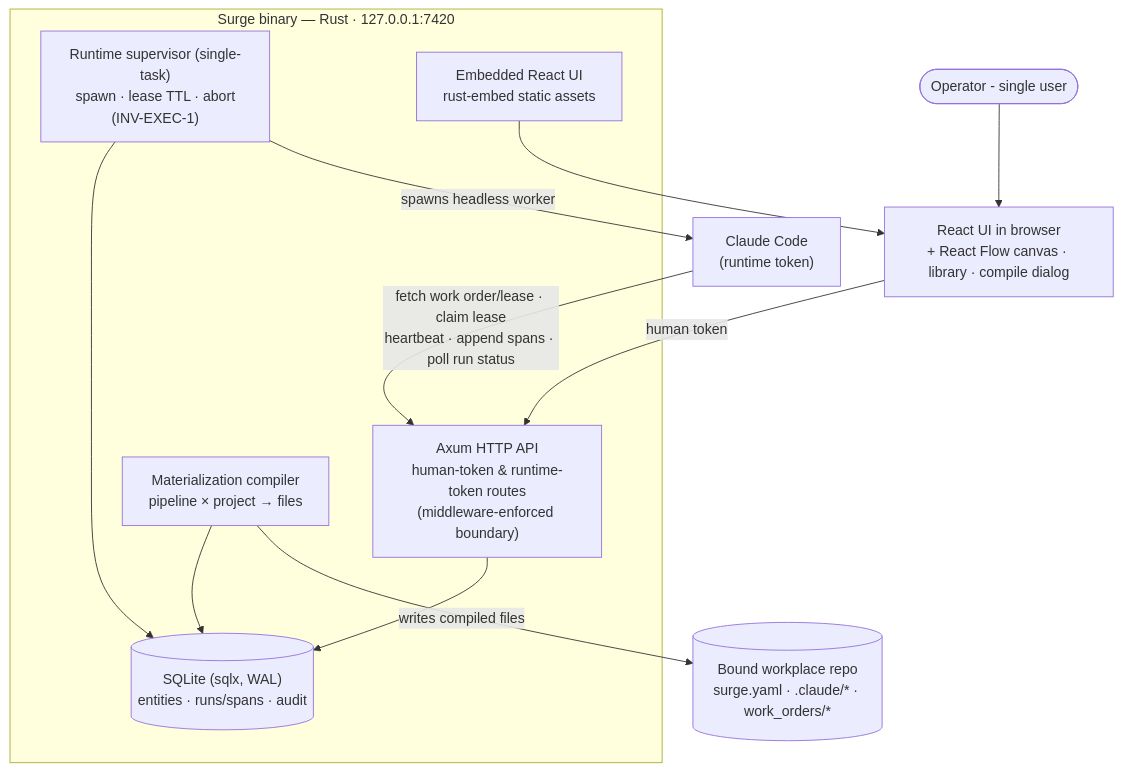
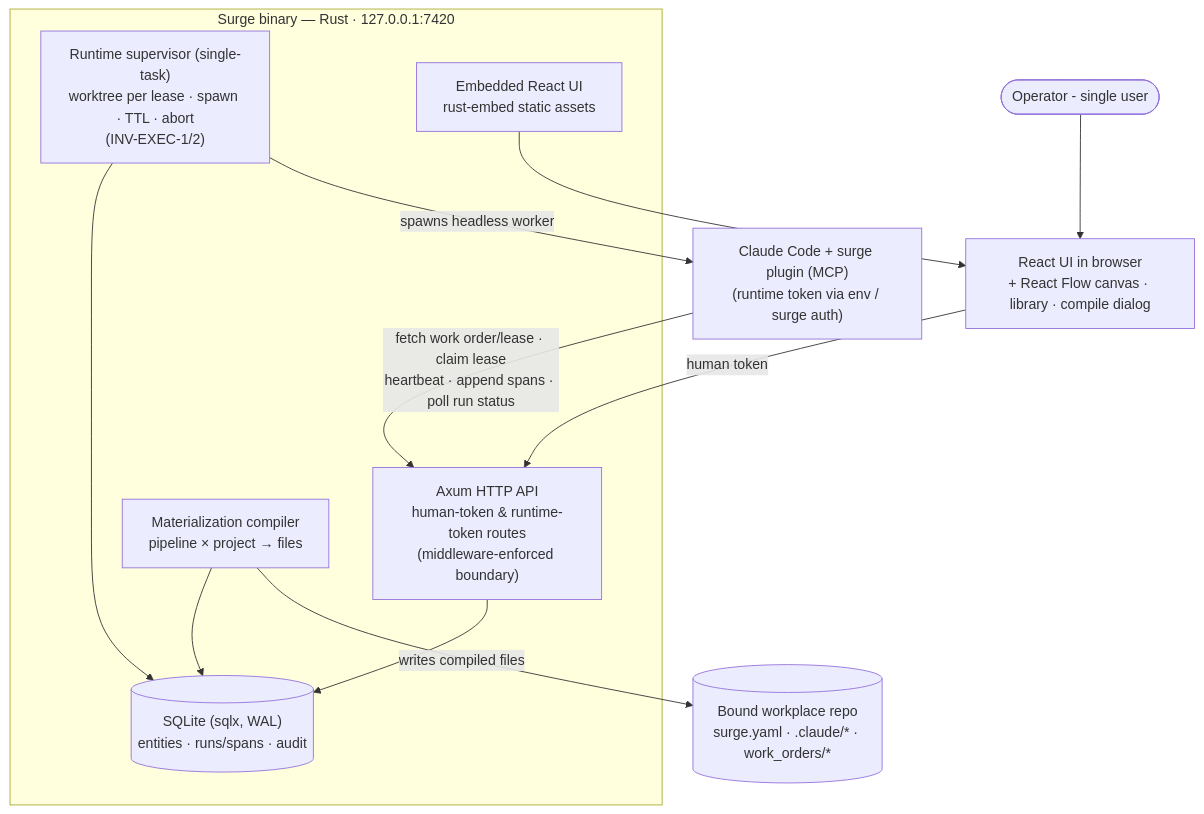
Before and after one commit to traitbound/surge: the diagram in docs/phases/phase-1/phase.md, drawn with Mermaid. The commit also changed 9 other files, not shown here.

First line of the commit message:
Second concept audit: isolation, credentials, git policy, observed-fact trust; plan Claude Code MCP plugin

````diff
--- a/docs/phases/phase-1/phase.md
+++ b/docs/phases/phase-1/phase.md
@@ -45,26 +45,26 @@
 ```mermaid
 graph TB
     operator([Operator - single user])
 
     subgraph binary["Surge binary — Rust · 127.0.0.1:7420"]
         api["Axum HTTP API<br/>human-token & runtime-token routes<br/>(middleware-enforced boundary)"]
         db[("SQLite (sqlx, WAL)<br/>entities · runs/spans · audit")]
         compiler["Materialization compiler<br/>pipeline × project → files"]
-        supervisor["Runtime supervisor (single-task)<br/>spawn · lease TTL · abort<br/>(INV-EXEC-1)"]
+        supervisor["Runtime supervisor (single-task)<br/>worktree per lease · spawn · TTL · abort<br/>(INV-EXEC-1/2)"]
         ui_assets["Embedded React UI<br/>rust-embed static assets"]
     end
 
     browser["React UI in browser<br/>+ React Flow canvas · library · compile dialog"]
-    runtime["Claude Code<br/>(runtime token)"]
+    runtime["Claude Code + surge plugin (MCP)<br/>(runtime token via env / surge auth)"]
     repo[("Bound workplace repo<br/>surge.yaml · .claude/* · work_orders/*")]
 
     operator --> browser
     browser -->|"human token"| api
     ui_assets --> browser
     supervisor --> db
     supervisor -->|"spawns headless worker"| runtime
     runtime -->|"fetch work order/lease · claim lease<br/>heartbeat · append spans · poll run status"| api
     api --> db
     compiler --> db
     compiler -->|"writes compiled files"| repo
 ```
````
